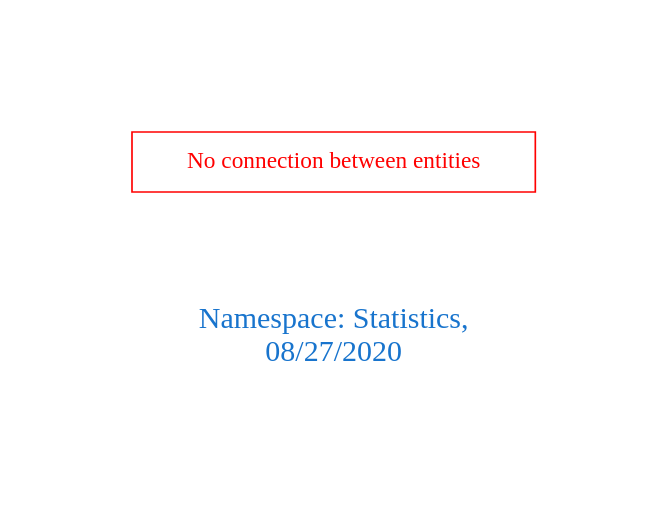
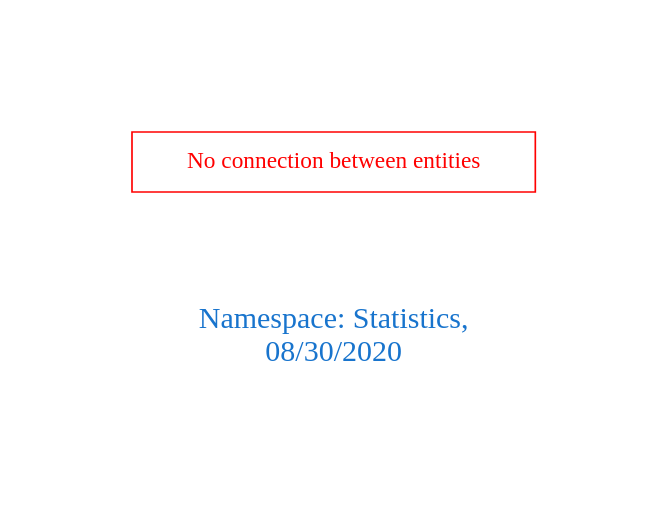
The diagram in downloads/Statistics.dot (arago/OGIT), drawn with Graphviz before and after one commit. The commit also changed 1811 other files, not shown here.

```diff
--- a/downloads/Statistics.dot
+++ b/downloads/Statistics.dot
@@ -1,9 +1,9 @@
 digraph OGIT_ontology {
  graph [ rankdir= LR,pad=1 
 fontsize = 18,
-fontcolor= dodgerblue3,label = "\n\n\nNamespace: Statistics, \n 08/27/2020"];
+fontcolor= dodgerblue3,label = "\n\n\nNamespace: Statistics, \n 08/30/2020"];
 node[shape=polygon];
 edge [  color="gray81"];
 
 "No connection between entities" [fontcolor = "red",color="red", shape="polygon"]
 }
```
